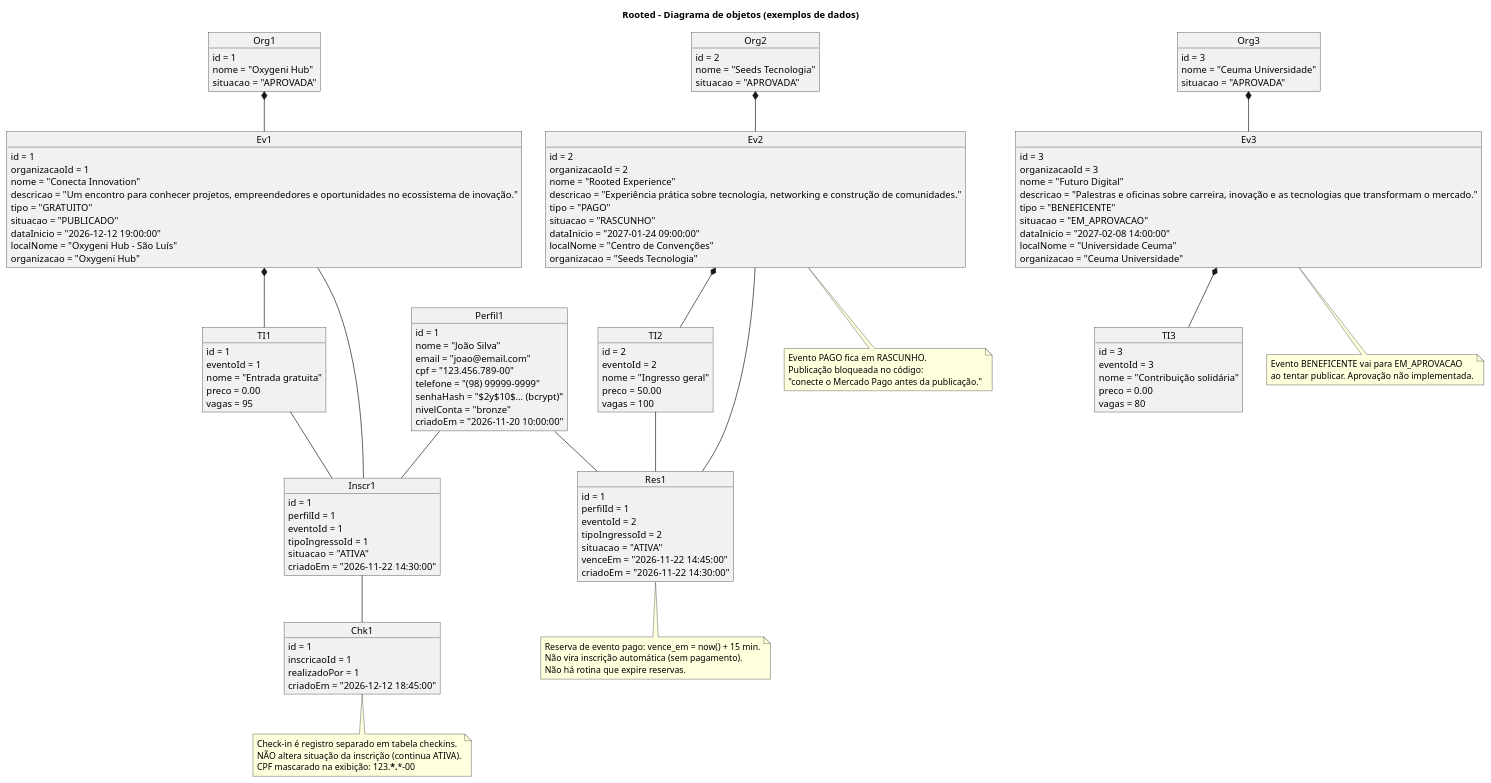
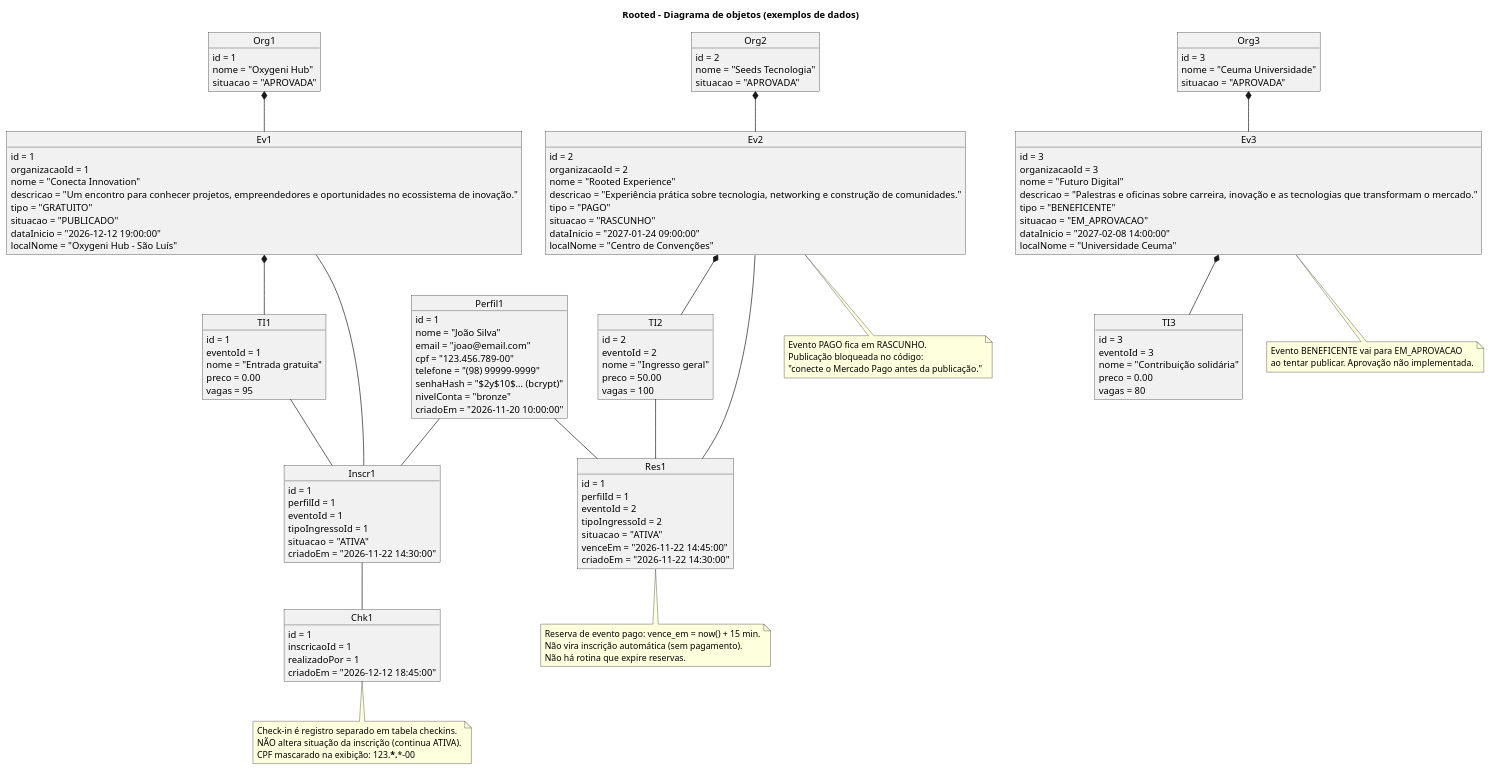
Before and after one commit to paulothaylam/rooted-projeto: the diagram in docs/diagramas/scripts/05-objetos-exemplos.puml, drawn with PlantUML. The commit also changed 39 other files, not shown here.

Commit message:
Atualizando diagramas

```diff
--- a/docs/diagramas/scripts/05-objetos-exemplos.puml
+++ b/docs/diagramas/scripts/05-objetos-exemplos.puml
@@ -1,159 +1,156 @@
 @startuml
 title Rooted – Diagrama de objetos (exemplos de dados)
 
 object Org1 {
   id = 1
   nome = "Oxygeni Hub"
   situacao = "APROVADA"
 }
 
 object Org2 {
   id = 2
   nome = "Seeds Tecnologia"
   situacao = "APROVADA"
 }
 
 object Org3 {
   id = 3
   nome = "Ceuma Universidade"
   situacao = "APROVADA"
 }
 
 object Ev1 {
   id = 1
   organizacaoId = 1
   nome = "Conecta Innovation"
   descricao = "Um encontro para conhecer projetos, empreendedores e oportunidades no ecossistema de inovação."
   tipo = "GRATUITO"
   situacao = "PUBLICADO"
   dataInicio = "2026-12-12 19:00:00"
   localNome = "Oxygeni Hub - São Luís"
-  organizacao = "Oxygeni Hub"
 }
 
 object Ev2 {
   id = 2
   organizacaoId = 2
   nome = "Rooted Experience"
   descricao = "Experiência prática sobre tecnologia, networking e construção de comunidades."
   tipo = "PAGO"
   situacao = "RASCUNHO"
   dataInicio = "2027-01-24 09:00:00"
   localNome = "Centro de Convenções"
-  organizacao = "Seeds Tecnologia"
 }
 
 object Ev3 {
   id = 3
   organizacaoId = 3
   nome = "Futuro Digital"
   descricao = "Palestras e oficinas sobre carreira, inovação e as tecnologias que transformam o mercado."
   tipo = "BENEFICENTE"
   situacao = "EM_APROVACAO"
   dataInicio = "2027-02-08 14:00:00"
   localNome = "Universidade Ceuma"
-  organizacao = "Ceuma Universidade"
 }
 
 object Perfil1 {
   id = 1
   nome = "João Silva"
   email = "joao@email.com"
   cpf = "123.456.789-00"
   telefone = "(98) 99999-9999"
   senhaHash = "$2y$10$... (bcrypt)"
   nivelConta = "bronze"
   criadoEm = "2026-11-20 10:00:00"
 }
 
 object TI1 {
   id = 1
   eventoId = 1
   nome = "Entrada gratuita"
   preco = 0.00
   vagas = 95
 }
 
 object TI2 {
   id = 2
   eventoId = 2
   nome = "Ingresso geral"
   preco = 50.00
   vagas = 100
 }
 
 object TI3 {
   id = 3
   eventoId = 3
   nome = "Contribuição solidária"
   preco = 0.00
   vagas = 80
 }
 
 object Inscr1 {
   id = 1
   perfilId = 1
   eventoId = 1
   tipoIngressoId = 1
   situacao = "ATIVA"
   criadoEm = "2026-11-22 14:30:00"
 }
 
 object Res1 {
   id = 1
   perfilId = 1
   eventoId = 2
   tipoIngressoId = 2
   situacao = "ATIVA"
   venceEm = "2026-11-22 14:45:00"
   criadoEm = "2026-11-22 14:30:00"
 }
 
 object Chk1 {
   id = 1
   inscricaoId = 1
   realizadoPor = 1
   criadoEm = "2026-12-12 18:45:00"
 }
 
 Org1 *-- Ev1
 Org2 *-- Ev2
 Org3 *-- Ev3
 
 Ev1 *-- TI1
 Ev2 *-- TI2
 Ev3 *-- TI3
 
 Perfil1 -- Inscr1
 Perfil1 -- Res1
 TI1 -- Inscr1
 TI2 -- Res1
 Ev1 -- Inscr1
 Ev2 -- Res1
 
 Inscr1 -- Chk1
 
 note bottom of Ev2
   Evento PAGO fica em RASCUNHO.
   Publicação bloqueada no código:
   "conecte o Mercado Pago antes da publicação."
 end note
 
 note bottom of Ev3
   Evento BENEFICENTE vai para EM_APROVACAO
   ao tentar publicar. Aprovação não implementada.
 end note
 
 note bottom of Res1
   Reserva de evento pago: vence_em = now() + 15 min.
   Não vira inscrição automática (sem pagamento).
   Não há rotina que expire reservas.
 end note
 
 note bottom of Chk1
   Check-in é registro separado em tabela checkins.
   NÃO altera situação da inscrição (continua ATIVA).
   CPF mascarado na exibição: 123.***.***-00
 end note
 
 @enduml
```
